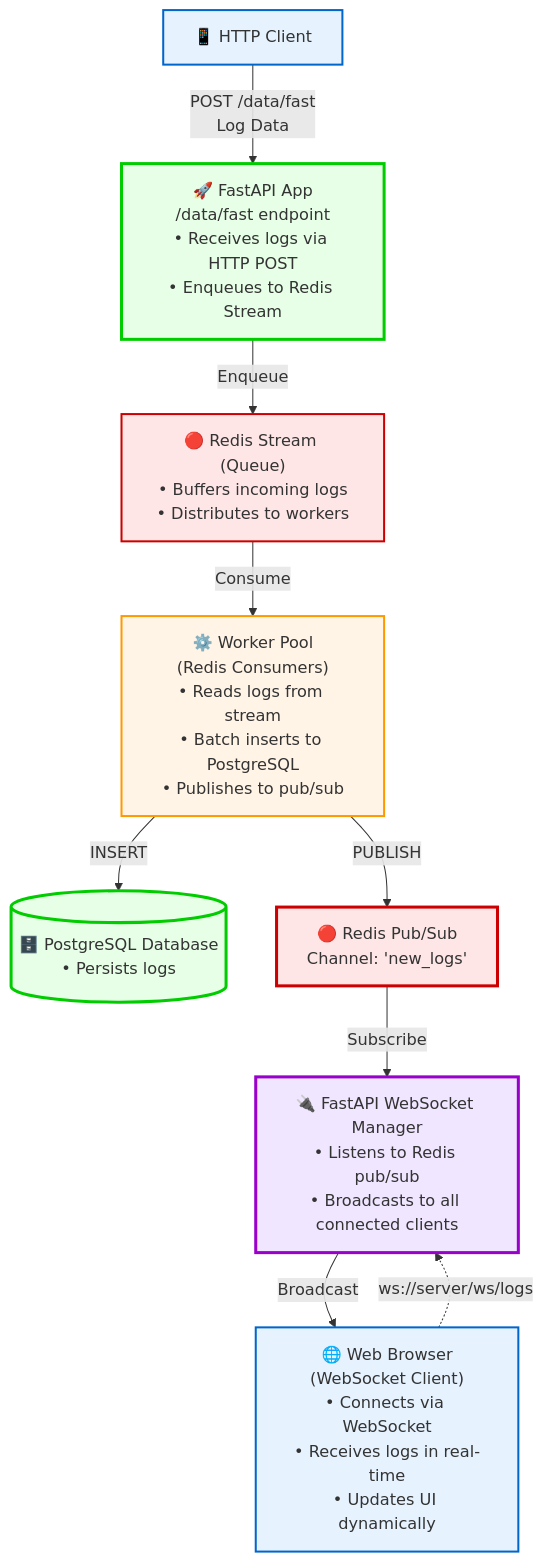
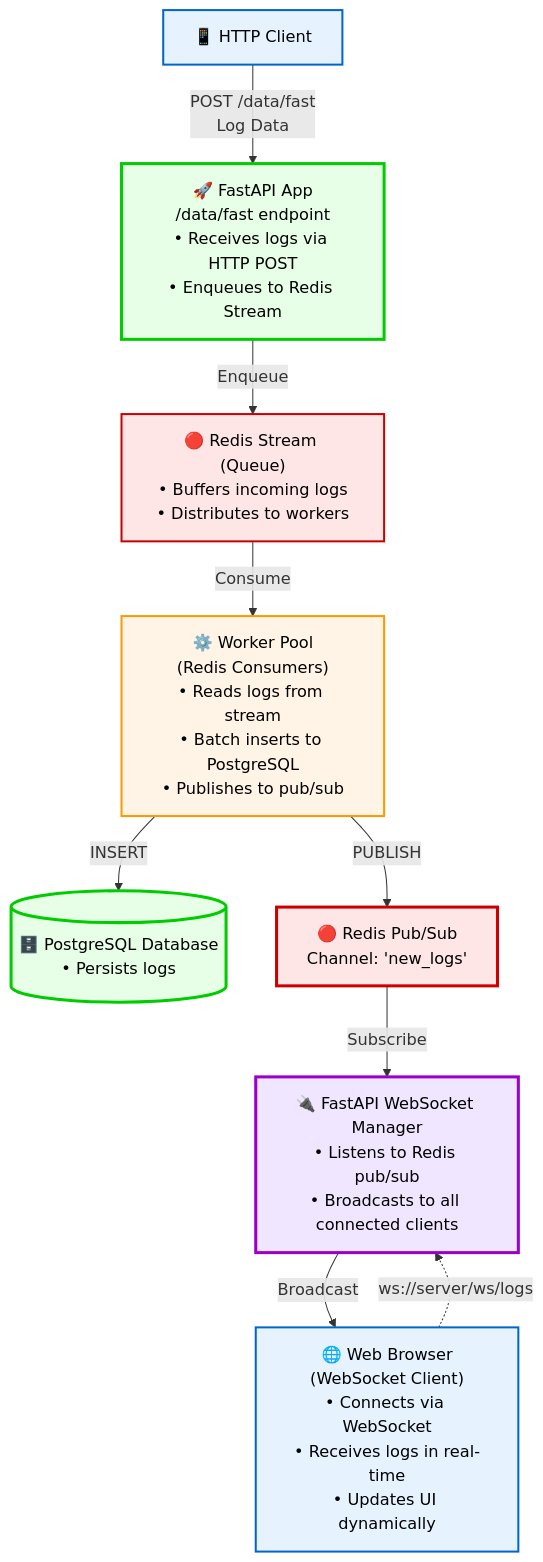
One commit to Romanabramovich/logs-and-found changed the diagram in WEBSOCKET_SETUP.md. Above: the diagram before and after it, drawn with Mermaid. The commit also changed 2 other files, not shown here.

Commit message:
diagram styling

````diff
--- a/WEBSOCKET_SETUP.md
+++ b/WEBSOCKET_SETUP.md
@@ -11,40 +11,40 @@
 ```mermaid
 flowchart TD
     Client["📱 HTTP Client"] -->|POST /data/fast<br/>Log Data| API
     
     API["🚀 FastAPI App<br/>/data/fast endpoint<br/>• Receives logs via HTTP POST<br/>• Enqueues to Redis Stream"]
     
     API -->|Enqueue| Stream
     
     Stream["🔴 Redis Stream (Queue)<br/>• Buffers incoming logs<br/>• Distributes to workers"]
     
     Stream -->|Consume| Workers
     
     Workers["⚙️ Worker Pool<br/>(Redis Consumers)<br/>• Reads logs from stream<br/>• Batch inserts to PostgreSQL<br/>• Publishes to pub/sub"]
     
     Workers -->|INSERT| DB
     Workers -->|PUBLISH| PubSub
     
     DB[("🗄️ PostgreSQL Database<br/>• Persists logs")]
     
     PubSub["🔴 Redis Pub/Sub<br/>Channel: 'new_logs'"]
     
     PubSub -->|Subscribe| WSManager
     
     WSManager["🔌 FastAPI WebSocket Manager<br/>• Listens to Redis pub/sub<br/>• Broadcasts to all connected clients"]
     
     WSManager -->|Broadcast| Browser
     
     Browser["🌐 Web Browser<br/>(WebSocket Client)<br/>• Connects via WebSocket<br/>• Receives logs in real-time<br/>• Updates UI dynamically"]
     
     Browser -.->|ws://server/ws/logs| WSManager
     
-    style Client fill:#e6f3ff,stroke:#0066cc,stroke-width:2px
-    style API fill:#e6ffe6,stroke:#00cc00,stroke-width:3px
-    style Stream fill:#ffe6e6,stroke:#cc0000,stroke-width:2px
-    style Workers fill:#fff4e6,stroke:#ff9900,stroke-width:2px
-    style DB fill:#e6ffe6,stroke:#00cc00,stroke-width:3px
-    style PubSub fill:#ffe6e6,stroke:#cc0000,stroke-width:3px
-    style WSManager fill:#f0e6ff,stroke:#9900cc,stroke-width:3px
-    style Browser fill:#e6f3ff,stroke:#0066cc,stroke-width:2px
+    style Client fill:#e6f3ff,stroke:#0066cc,stroke-width:2px,color:#000000
+    style API fill:#e6ffe6,stroke:#00cc00,stroke-width:3px,color:#000000
+    style Stream fill:#ffe6e6,stroke:#cc0000,stroke-width:2px,color:#000000
+    style Workers fill:#fff4e6,stroke:#ff9900,stroke-width:2px,color:#000000
+    style DB fill:#e6ffe6,stroke:#00cc00,stroke-width:3px,color:#000000
+    style PubSub fill:#ffe6e6,stroke:#cc0000,stroke-width:3px,color:#000000
+    style WSManager fill:#f0e6ff,stroke:#9900cc,stroke-width:3px,color:#000000
+    style Browser fill:#e6f3ff,stroke:#0066cc,stroke-width:2px,color:#000000
 ```
````
